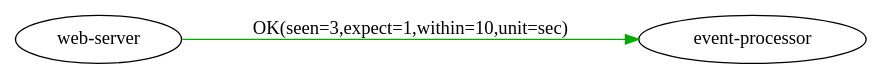
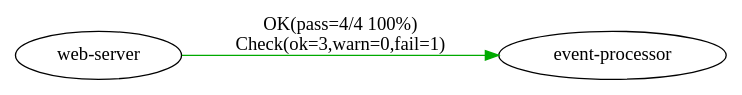
The fifth of 5 diagrams in docs/src/configuration.rst (ane/observatory), drawn with Graphviz before and after one commit. The commit also changed other lines of this file and 5 other files, not shown here.

```diff
--- a/docs/src/configuration.rst
+++ b/docs/src/configuration.rst
@@ -199,9 +202,9 @@
 .. graphviz::
    
    digraph foo {
      rankdir=LR;
      A[label="web-server"];
      B[label="event-processor"];
   
-     A->B[color="#00AA00",label="OK(seen=3,expect=1,within=10,unit=sec)"];
+     A->B[color="#00AA00",label="OK(pass=4/4 100%)\nCheck(ok=3,warn=0,fail=1)"];
    }
```
